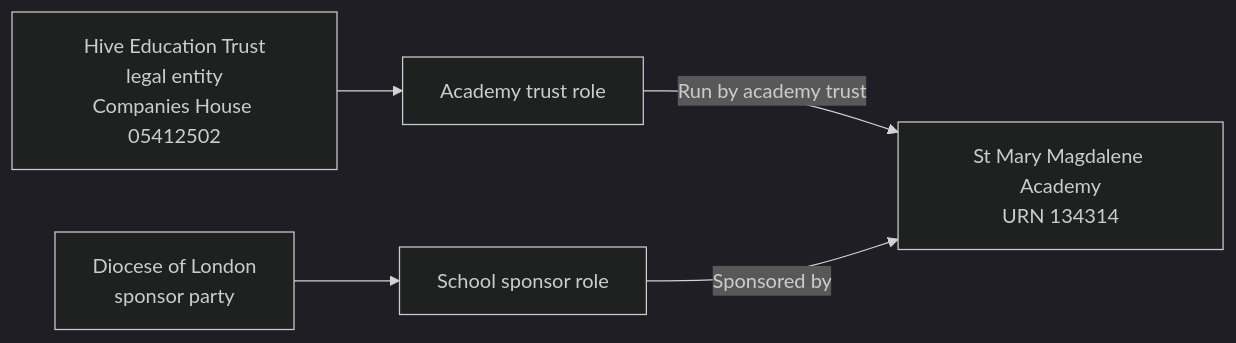
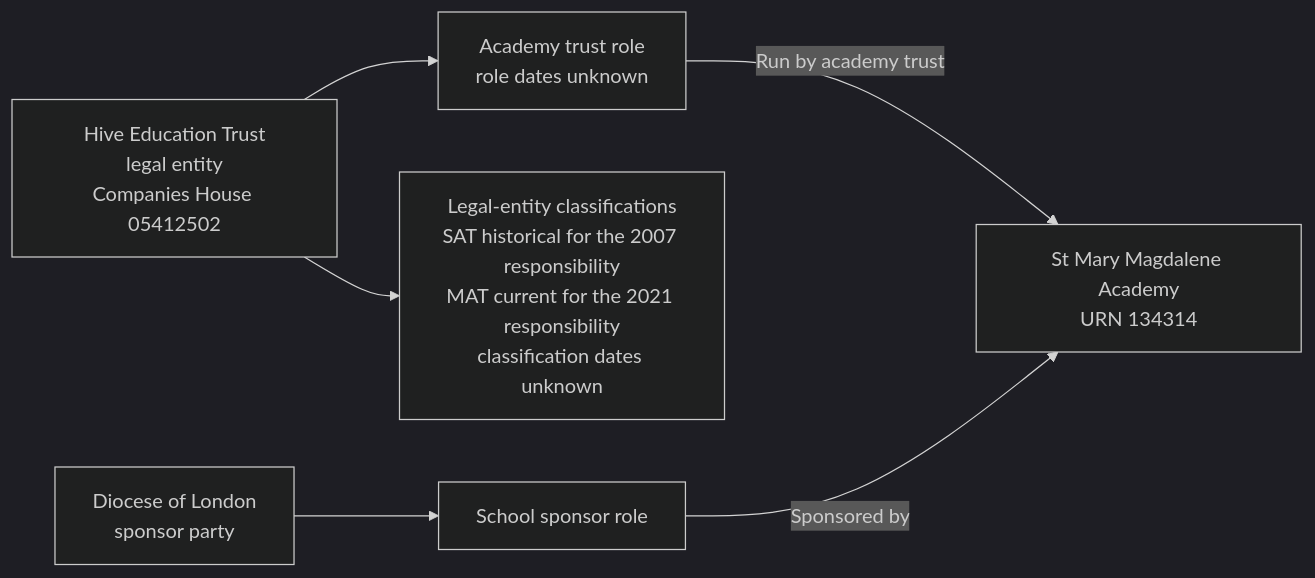
The diagram in models/schema/establishment/cases/t2-urn-134314-st-mary-magdalene-academy.md (DFE-Digital/education-provider-registry-docs), drawn with Mermaid (dark theme) before and after one commit. The commit also changed other lines of this file and 22 other files, not shown here.

````diff
--- a/models/schema/establishment/cases/t2-urn-134314-st-mary-magdalene-academy.md
+++ b/models/schema/establishment/cases/t2-urn-134314-st-mary-magdalene-academy.md
@@ -39,12 +51,14 @@
 ```mermaid
 flowchart LR
     E["St Mary Magdalene Academy<br/>URN 134314"]
     H["Hive Education Trust<br/>legal entity<br/>Companies House 05412502"]
     D["Diocese of London<br/>sponsor party"]
-    R1["Academy trust role"]
+    R1["Academy trust role<br/>role dates unknown"]
+    C["Legal-entity classifications<br/>SAT historical for the 2007 responsibility<br/>MAT current for the 2021 responsibility<br/>classification dates unknown"]
     R2["School sponsor role"]
     H --> R1
+    H --> C
     R1 -->|Run by academy trust| E
     D --> R2
     R2 -->|Sponsored by| E
 ```
````
